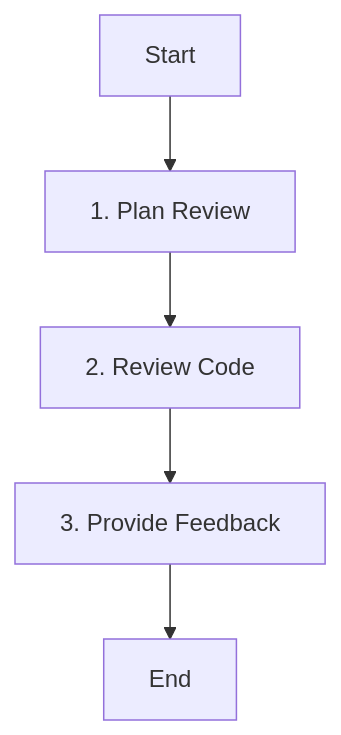
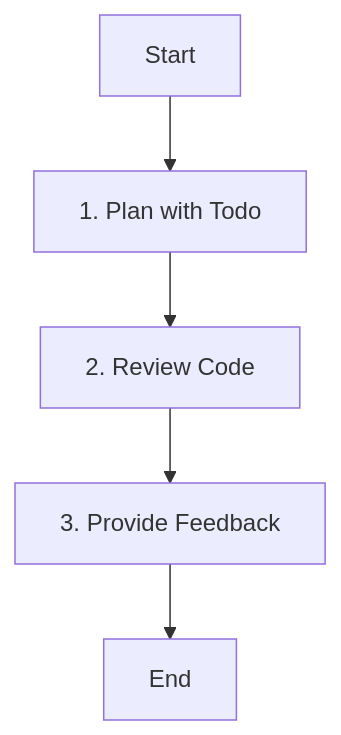
One commit to ksm0709/dotfiles changed the diagram in opencode/config/agent/cpp-review.md. Above: the diagram before and after it, drawn with Mermaid. The commit also changed other lines of this file and 7 other files, not shown here.

Commit message:
refactor(agent): update all agents to match latest template with 'Plan with Todo' workflow

````diff
--- a/opencode/config/agent/cpp-review.md
+++ b/opencode/config/agent/cpp-review.md
@@ -29,7 +29,7 @@
 ```mermaid
 graph TD
-    Start[Start] --> Plan[1. Plan Review]
+    Start[Start] --> Plan[1. Plan with Todo]
     Plan --> Review[2. Review Code]
     Review --> Feedback[3. Provide Feedback]
     Feedback --> End[End]
 ```
````
